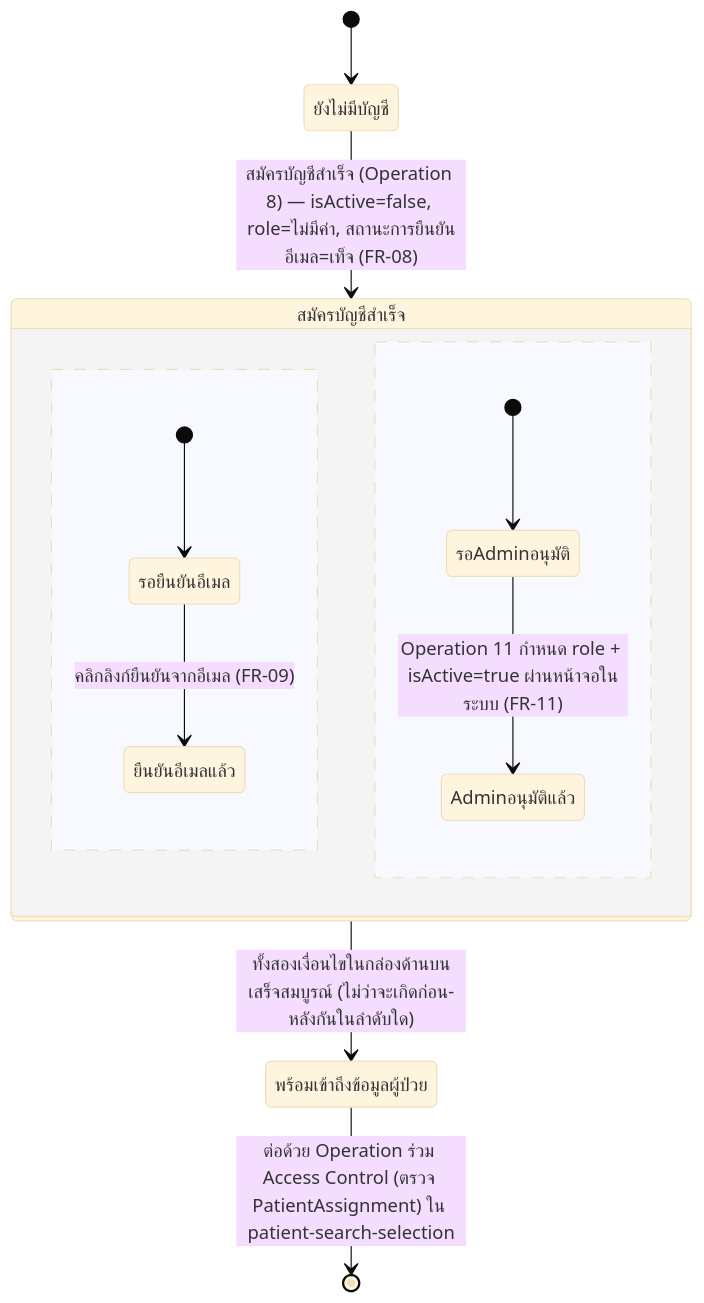
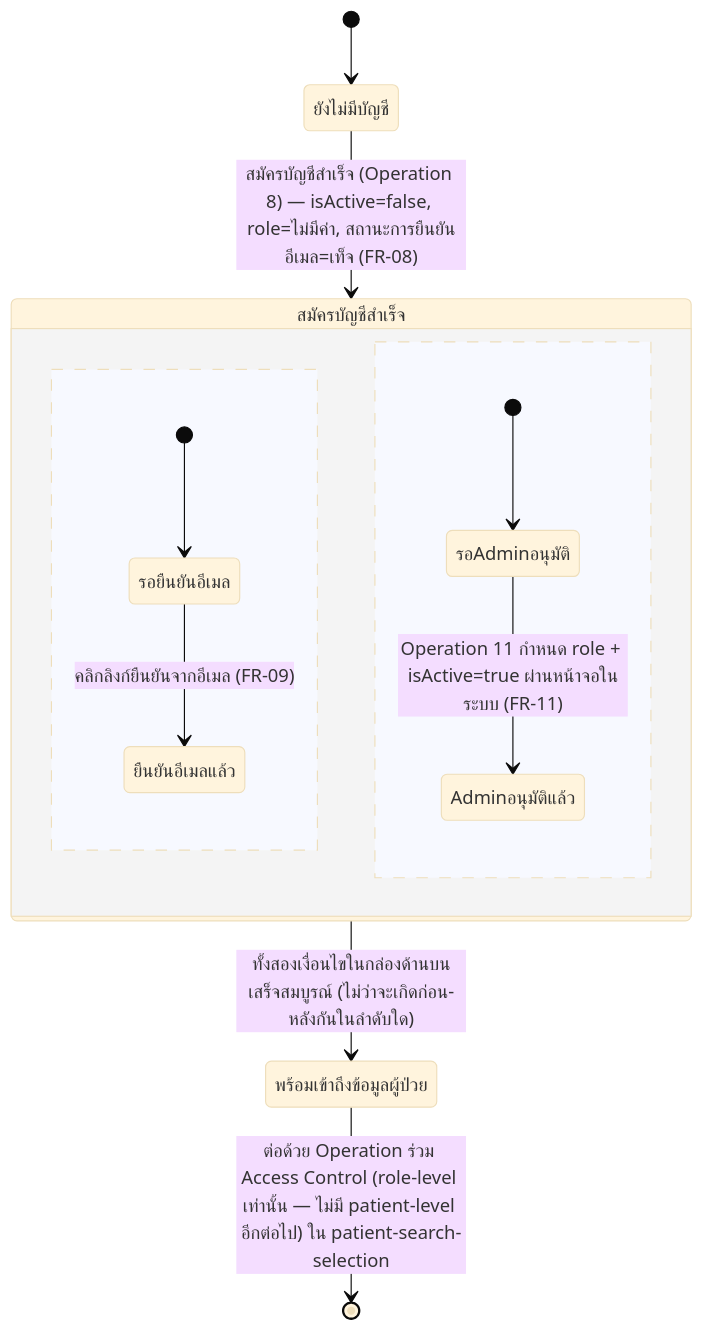
The fourth of 4 diagrams in docs/02-design/02-technical/detailed-design/user-authentication-email-password.md (fadtypat/track-ncds), drawn with Mermaid (base theme) before and after one commit. The commit also changed other lines of this file and 19 other files, not shown here.

````diff
--- a/docs/02-design/02-technical/detailed-design/user-authentication-email-password.md
+++ b/docs/02-design/02-technical/detailed-design/user-authentication-email-password.md
@@ -156,16 +158,16 @@
 ```mermaid
 stateDiagram-v2
     [*] --> ยังไม่มีบัญชี
     ยังไม่มีบัญชี --> สมัครบัญชีสำเร็จ : สมัครบัญชีสำเร็จ (Operation 8) — isActive=false, role=ไม่มีค่า, สถานะการยืนยันอีเมล=เท็จ (FR-08)
 
     state สมัครบัญชีสำเร็จ {
         [*] --> รอยืนยันอีเมล
         รอยืนยันอีเมล --> ยืนยันอีเมลแล้ว : คลิกลิงก์ยืนยันจากอีเมล (FR-09)
         --
         [*] --> รอAdminอนุมัติ
         รอAdminอนุมัติ --> Adminอนุมัติแล้ว : Operation 11 กำหนด role + isActive=true ผ่านหน้าจอในระบบ (FR-11)
     }
 
     สมัครบัญชีสำเร็จ --> พร้อมเข้าถึงข้อมูลผู้ป่วย : ทั้งสองเงื่อนไขในกล่องด้านบนเสร็จสมบูรณ์ (ไม่ว่าจะเกิดก่อน-หลังกันในลำดับใด)
-    พร้อมเข้าถึงข้อมูลผู้ป่วย --> [*] : ต่อด้วย Operation ร่วม Access Control (ตรวจ PatientAssignment) ใน patient-search-selection
+    พร้อมเข้าถึงข้อมูลผู้ป่วย --> [*] : ต่อด้วย Operation ร่วม Access Control (role-level เท่านั้น — ไม่มี patient-level อีกต่อไป) ใน patient-search-selection
 ```
````
